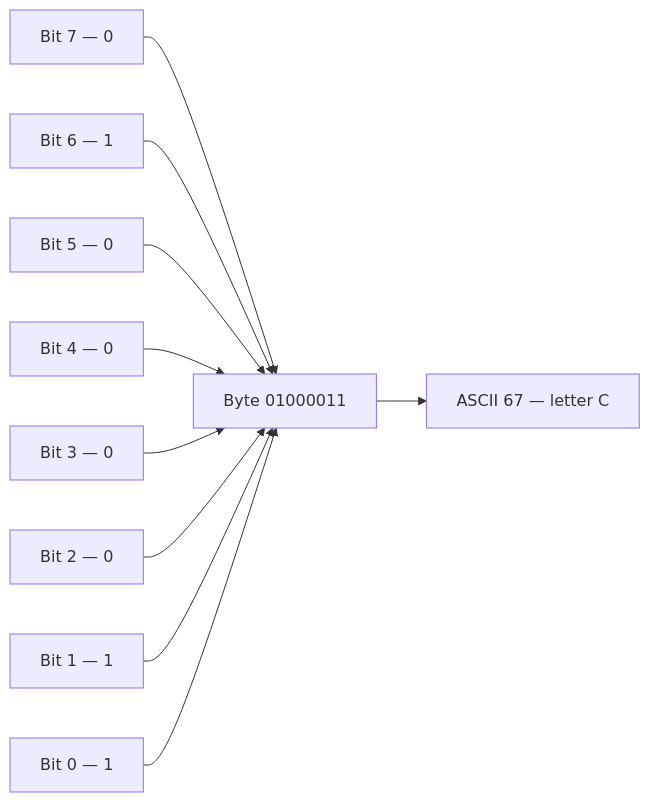
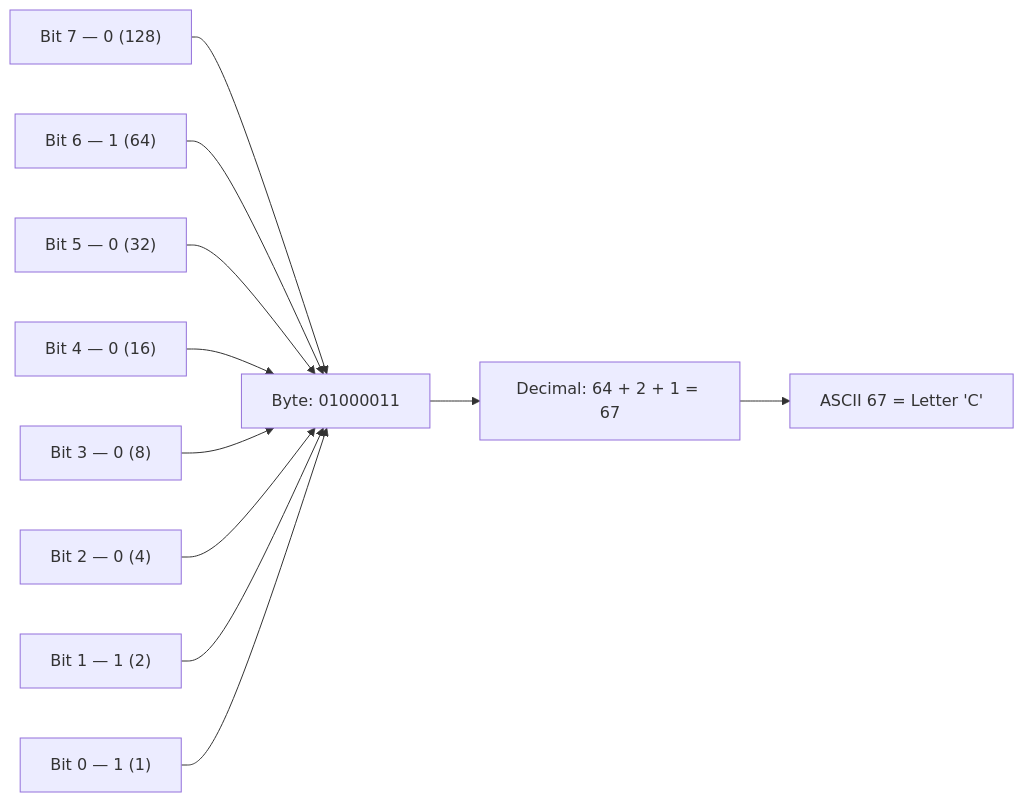
The first of 3 diagrams in content/docs/computer-basics/it-support/03-computer-language-and-encoding.mdx (1345AbhishekKumar/cs-cookbook), drawn with Mermaid before and after one commit. The commit also changed other lines of this file and 299 other files, not shown here.

````diff
--- a/content/docs/computer-basics/it-support/03-computer-language-and-encoding.mdx
+++ b/content/docs/computer-basics/it-support/03-computer-language-and-encoding.mdx
@@ -34,12 +52,13 @@
 ```mermaid
 flowchart LR
-    B7["Bit 7 — 0"] --> BYT["Byte 01000011"]
-    B6["Bit 6 — 1"] --> BYT
-    B5["Bit 5 — 0"] --> BYT
-    B4["Bit 4 — 0"] --> BYT
-    B3["Bit 3 — 0"] --> BYT
-    B2["Bit 2 — 0"] --> BYT
-    B1["Bit 1 — 1"] --> BYT
-    B0["Bit 0 — 1"] --> BYT
-    BYT --> CH["ASCII 67 — letter C"]
+    B7["Bit 7 — 0 (128)"] --> BYT["Byte: 01000011"]
+    B6["Bit 6 — 1 (64)"] --> BYT
+    B5["Bit 5 — 0 (32)"] --> BYT
+    B4["Bit 4 — 0 (16)"] --> BYT
+    B3["Bit 3 — 0 (8)"] --> BYT
+    B2["Bit 2 — 0 (4)"] --> BYT
+    B1["Bit 1 — 1 (2)"] --> BYT
+    B0["Bit 0 — 1 (1)"] --> BYT
+    BYT --> DEC["Decimal: 64 + 2 + 1 = 67"]
+    DEC --> CH["ASCII 67 = Letter 'C'"]
 ```
````
